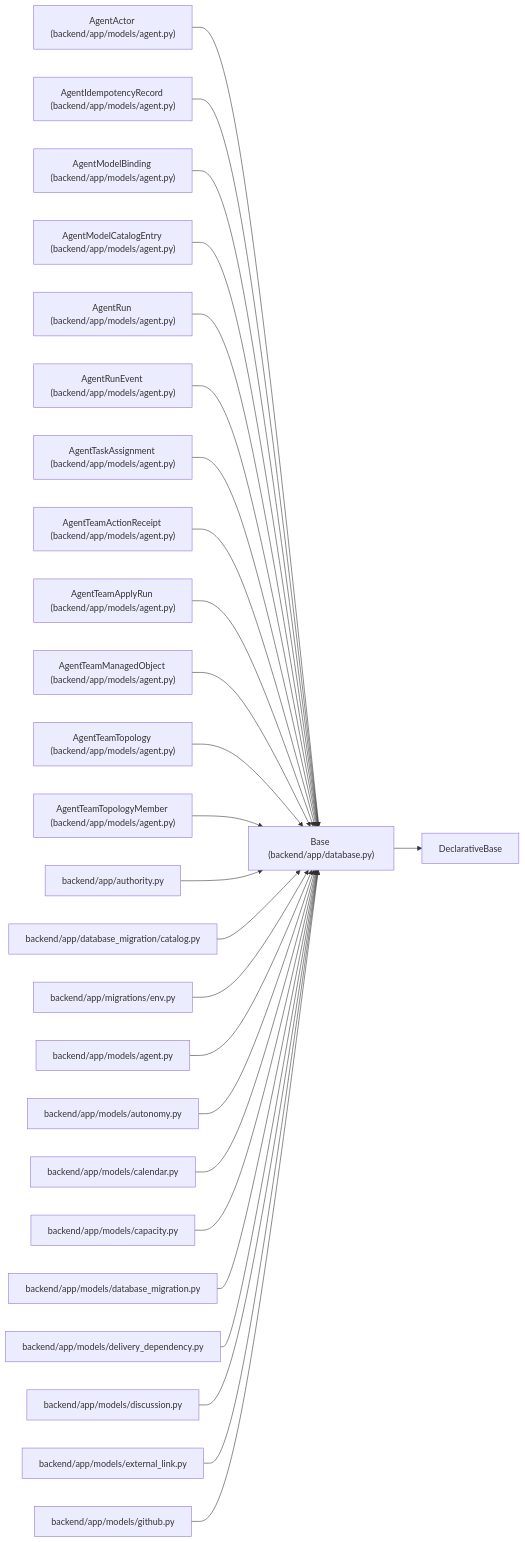
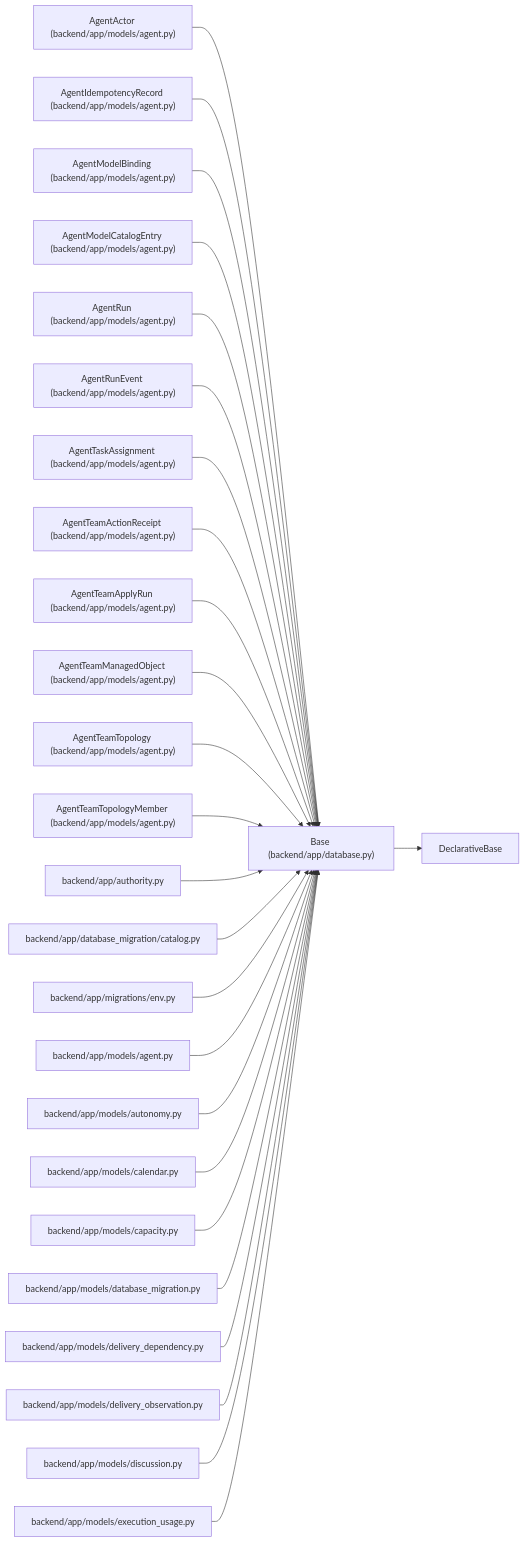
One commit to Denissvgn/WorkChord changed the diagram in docs/llm_wiki/entities/Base.md. Above: the diagram before and after it, drawn with Mermaid. The commit also changed other lines of this file and 6624 other files, not shown here.

First line of the commit message:
Add verified Android workflows and external-agent execution evidence (#8)

````diff
--- a/docs/llm_wiki/entities/Base.md
+++ b/docs/llm_wiki/entities/Base.md
@@ -23,79 +23,79 @@
 ```mermaid
 flowchart LR
     n0["Base (backend/app/database.py)"]
     n1["DeclarativeBase"]
     n2["AgentActor (backend/app/models/agent.py)"]
     n3["AgentIdempotencyRecord (backend/app/models/agent.py)"]
     n4["AgentModelBinding (backend/app/models/agent.py)"]
     n5["AgentModelCatalogEntry (backend/app/models/agent.py)"]
     n6["AgentRun (backend/app/models/agent.py)"]
     n7["AgentRunEvent (backend/app/models/agent.py)"]
     n8["AgentTaskAssignment (backend/app/models/agent.py)"]
     n9["AgentTeamActionReceipt (backend/app/models/agent.py)"]
     n10["AgentTeamApplyRun (backend/app/models/agent.py)"]
     n11["AgentTeamManagedObject (backend/app/models/agent.py)"]
     n12["AgentTeamTopology (backend/app/models/agent.py)"]
     n13["AgentTeamTopologyMember (backend/app/models/agent.py)"]
     n14["backend/app/authority.py"]
     n15["backend/app/database_migration/catalog.py"]
     n16["backend/app/migrations/env.py"]
     n17["backend/app/models/agent.py"]
     n18["backend/app/models/autonomy.py"]
     n19["backend/app/models/calendar.py"]
     n20["backend/app/models/capacity.py"]
     n21["backend/app/models/database_migration.py"]
     n22["backend/app/models/delivery_dependency.py"]
-    n23["backend/app/models/discussion.py"]
-    n24["backend/app/models/external_link.py"]
-    n25["backend/app/models/github.py"]
+    n23["backend/app/models/delivery_observation.py"]
+    n24["backend/app/models/discussion.py"]
+    n25["backend/app/models/execution_usage.py"]
     n0 --> n1
     n2 --> n0
     n3 --> n0
     n4 --> n0
     n5 --> n0
     n6 --> n0
     n7 --> n0
     n8 --> n0
     n9 --> n0
     n10 --> n0
     n11 --> n0
     n12 --> n0
     n13 --> n0
     n14 --> n0
     n15 --> n0
     n16 --> n0
     n17 --> n0
     n18 --> n0
     n19 --> n0
     n20 --> n0
     n21 --> n0
     n22 --> n0
     n23 --> n0
     n24 --> n0
     n25 --> n0
     click n0 "../modules/app_database.md"
     click n2 "../modules/models_agent.md"
     click n3 "../modules/models_agent.md"
     click n4 "../modules/models_agent.md"
     click n5 "../modules/models_agent.md"
     click n6 "../modules/models_agent.md"
     click n7 "../modules/models_agent.md"
     click n8 "../modules/models_agent.md"
     click n9 "../modules/models_agent.md"
     click n10 "../modules/models_agent.md"
     click n11 "../modules/models_agent.md"
     click n12 "../modules/models_agent.md"
     click n13 "../modules/models_agent.md"
     click n14 "../modules/authority.md"
     click n15 "../modules/catalog.md"
     click n16 "../modules/migrations_env.md"
     click n17 "../modules/models_agent.md"
     click n18 "../modules/models_autonomy.md"
     click n19 "../modules/models_calendar.md"
     click n20 "../modules/models_capacity.md"
     click n21 "../modules/models_database_migration.md"
     click n22 "../modules/delivery_dependency.md"
-    click n23 "../modules/models_discussion.md"
-    click n24 "../modules/models_external_link.md"
-    click n25 "../modules/models_github.md"
+    click n23 "../modules/delivery_observation.md"
+    click n24 "../modules/models_discussion.md"
+    click n25 "../modules/models_execution_usage.md"
 ```
````
